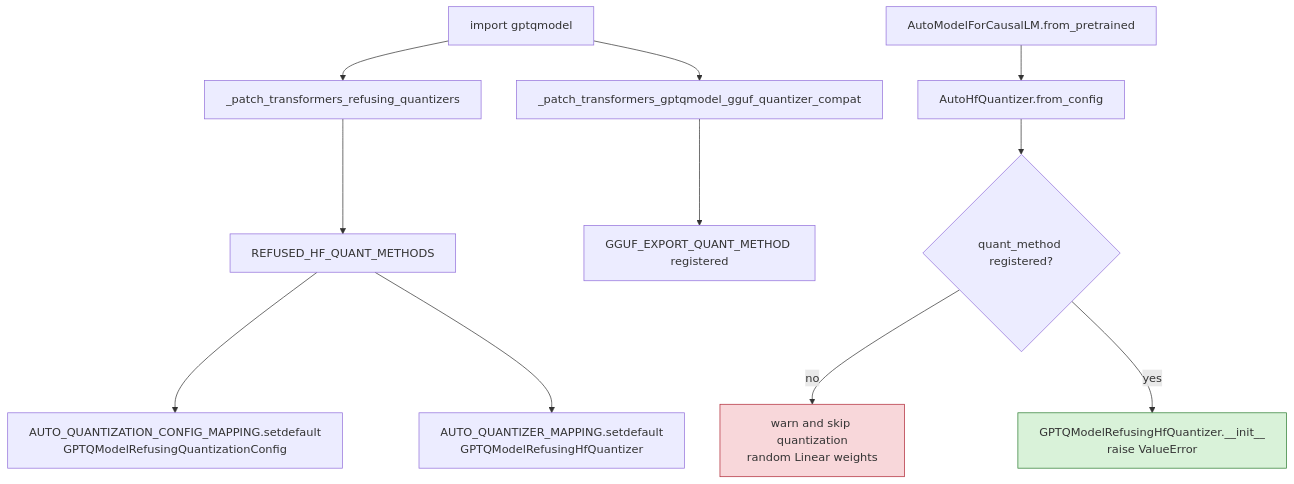
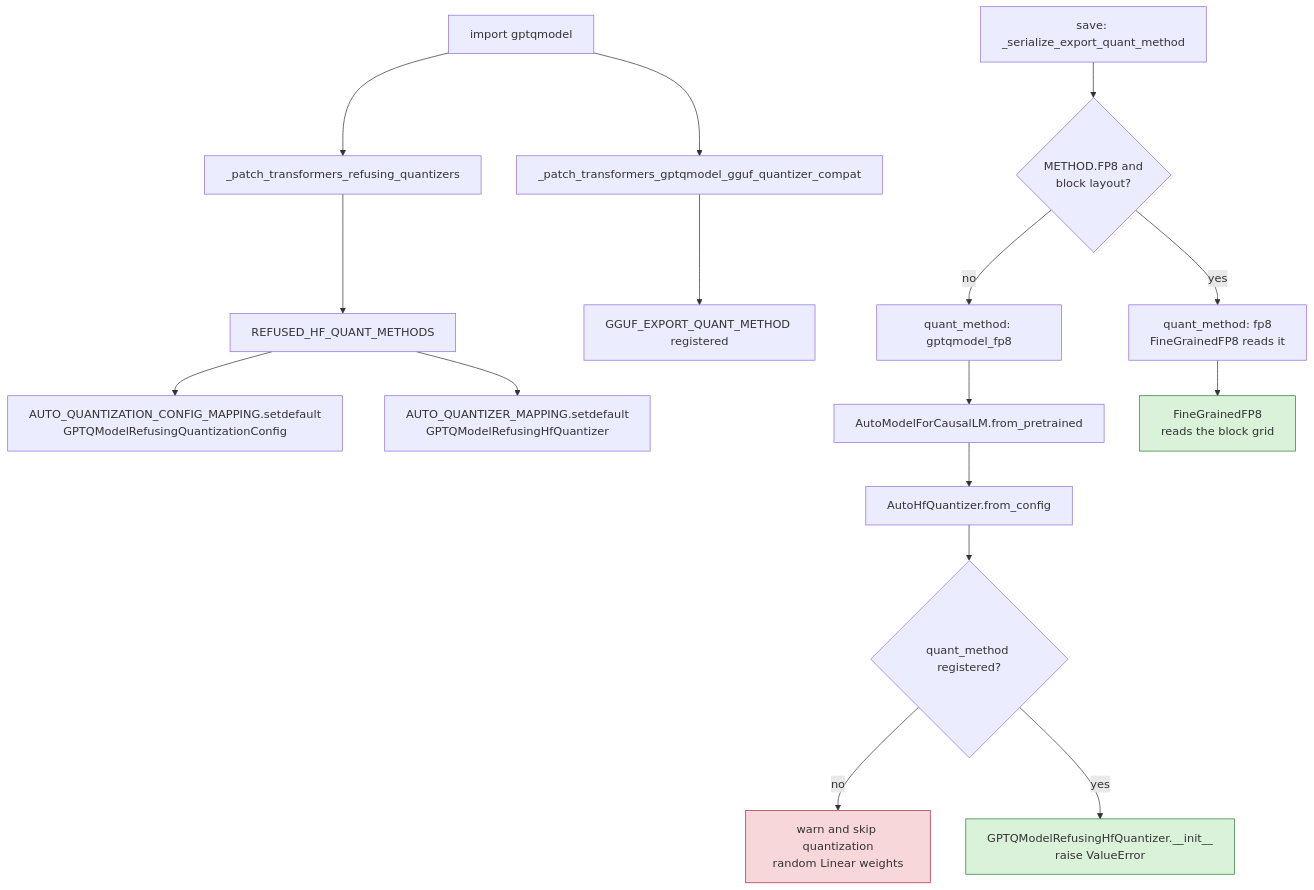
One commit to ModelCloud/GPTQModel changed the eighth of 10 diagrams in docs/hf-interop.md. Above: the diagram before and after it, drawn with Mermaid. The commit also changed other lines of this file and 8 other files, not shown here.

First line of the commit message:
fix(fp8): publish non-block FP8 as `gptqmodel_fp8` (#5128)

````diff
--- a/docs/hf-interop.md
+++ b/docs/hf-interop.md
@@ -261,15 +261,21 @@
 ```mermaid
 flowchart TD
     A["import gptqmodel"] --> B["_patch_transformers_refusing_quantizers"]
     B --> C["REFUSED_HF_QUANT_METHODS"]
     C --> D["AUTO_QUANTIZATION_CONFIG_MAPPING.setdefault<br/>GPTQModelRefusingQuantizationConfig"]
     C --> E["AUTO_QUANTIZER_MAPPING.setdefault<br/>GPTQModelRefusingHfQuantizer"]
     A --> F["_patch_transformers_gptqmodel_gguf_quantizer_compat"]
     F --> F2["GGUF_EXPORT_QUANT_METHOD registered"]
+    S["save: _serialize_export_quant_method"] --> S2{"METHOD.FP8 and<br/>block layout?"}
+    S2 -- yes --> S3["quant_method: fp8<br/>FineGrainedFP8 reads it"]
+    S2 -- no --> S4["quant_method: gptqmodel_fp8"]
+    S4 --> G
     G["AutoModelForCausalLM.from_pretrained"] --> H["AutoHfQuantizer.from_config"]
     H --> I{"quant_method registered?"}
     I -- no --> J["warn and skip quantization<br/>random Linear weights"]
     I -- yes --> K["GPTQModelRefusingHfQuantizer.__init__<br/>raise ValueError"]
+    S3 --> T["FineGrainedFP8<br/>reads the block grid"]
     style J fill:#f8d7da,stroke:#b02a37
     style K fill:#d9f2d9,stroke:#2e7d32
+    style T fill:#d9f2d9,stroke:#2e7d32
 ```
````
